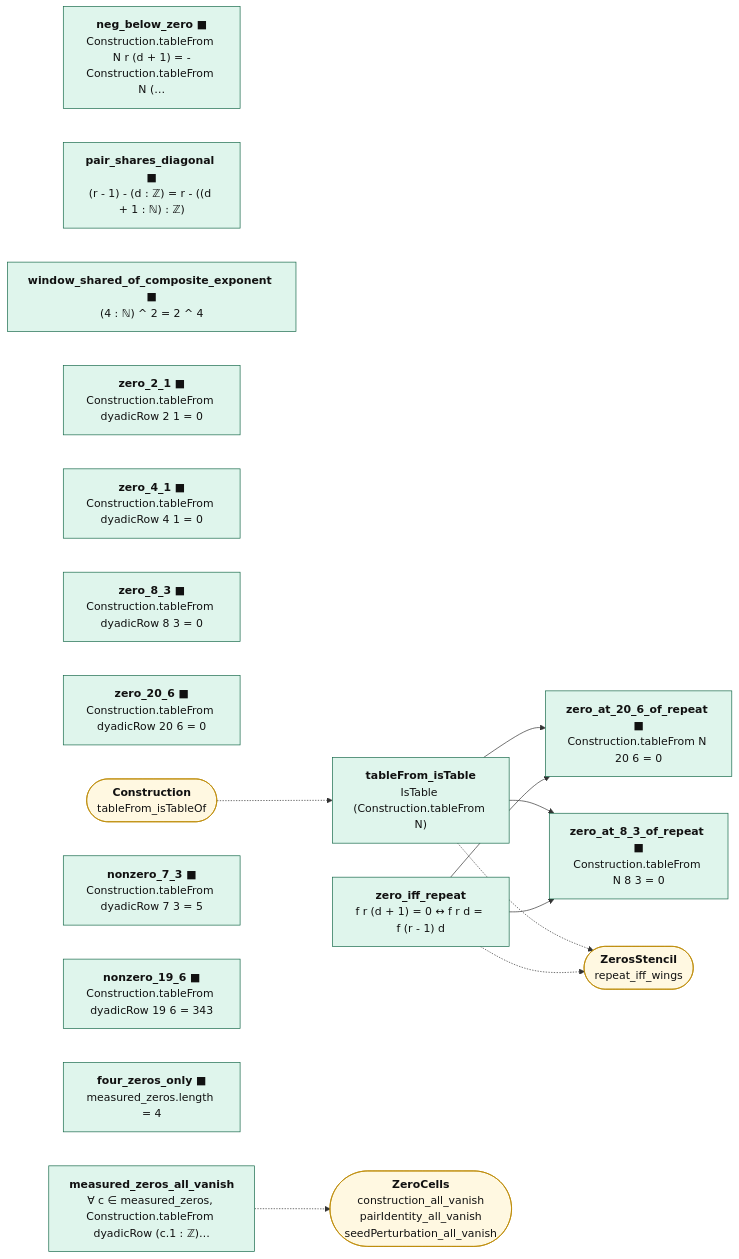
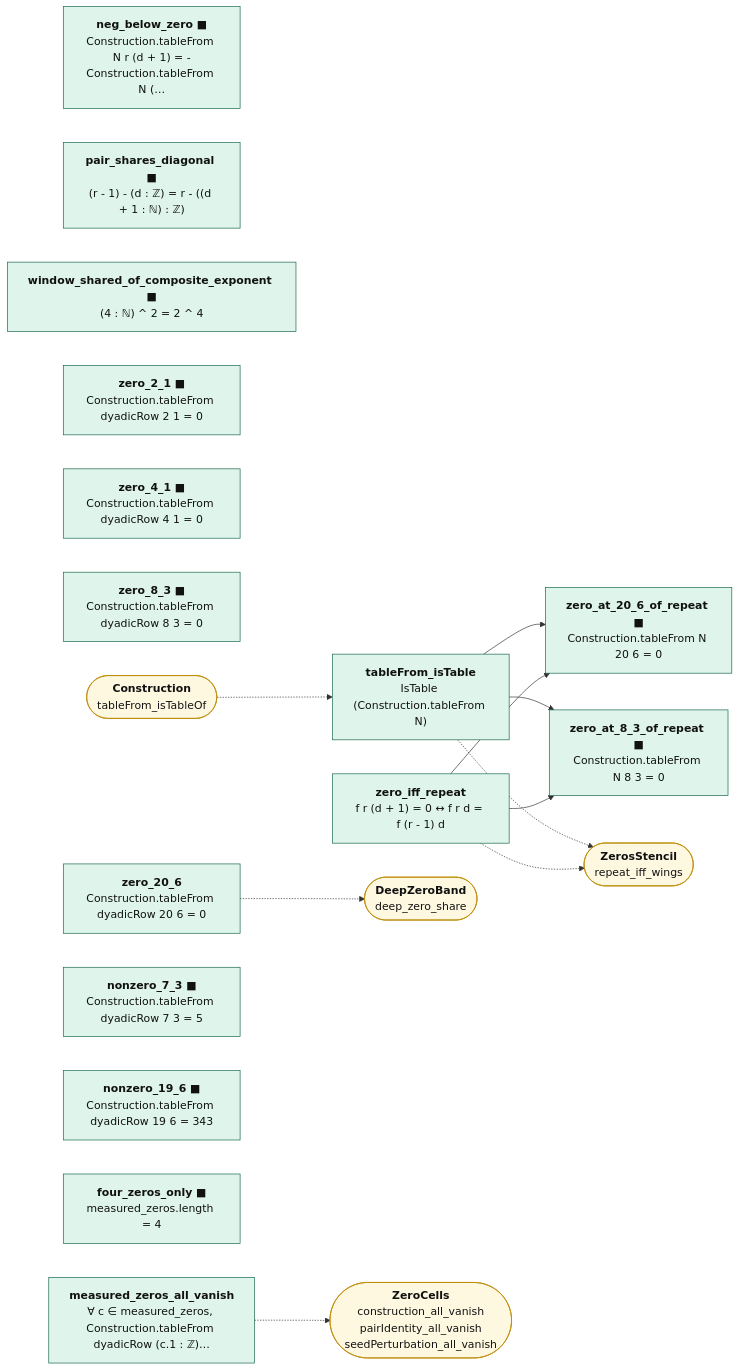
The diagram in map/lean/Zeros.mmd (juliansambranojr/Primebeat_081426), drawn with Mermaid before and after one commit. The commit also changed 20 other files, not shown here.

First line of the commit message:
Map refreshed from Lean after B1 (DeepZeroBand)

```diff
--- a/map/lean/Zeros.mmd
+++ b/map/lean/Zeros.mmd
@@ -1,35 +1,37 @@
 flowchart LR
   n0["<b>tableFrom_isTable</b><br/>IsTable (Construction.tableFrom N)"]:::cnt
   n1["<b>zero_iff_repeat</b><br/>f r (d + 1) = 0 ↔ f r d = f (r - 1) d"]:::cnt
   n2["<b>neg_below_zero ■</b><br/>Construction.tableFrom N r (d + 1) = -Construction.tableFrom N (…"]:::cnt
   n3["<b>pair_shares_diagonal ■</b><br/>(r - 1) - (d : ℤ) = r - ((d + 1 : ℕ) : ℤ)"]:::cnt
   n4["<b>window_shared_of_composite_exponent ■</b><br/>(4 : ℕ) ^ 2 = 2 ^ 4"]:::cnt
   n5["<b>zero_2_1 ■</b><br/>Construction.tableFrom dyadicRow 2 1 = 0"]:::cnt
   n6["<b>zero_4_1 ■</b><br/>Construction.tableFrom dyadicRow 4 1 = 0"]:::cnt
   n7["<b>zero_8_3 ■</b><br/>Construction.tableFrom dyadicRow 8 3 = 0"]:::cnt
-  n8["<b>zero_20_6 ■</b><br/>Construction.tableFrom dyadicRow 20 6 = 0"]:::cnt
+  n8["<b>zero_20_6</b><br/>Construction.tableFrom dyadicRow 20 6 = 0"]:::cnt
   n9["<b>measured_zeros_all_vanish</b><br/>∀ c ∈ measured_zeros, Construction.tableFrom dyadicRow (c.1 : ℤ)…"]:::cnt
   n10["<b>nonzero_7_3 ■</b><br/>Construction.tableFrom dyadicRow 7 3 = 5"]:::cnt
   n11["<b>nonzero_19_6 ■</b><br/>Construction.tableFrom dyadicRow 19 6 = 343"]:::cnt
   n12["<b>four_zeros_only ■</b><br/>measured_zeros.length = 4"]:::cnt
   n13["<b>zero_at_20_6_of_repeat ■</b><br/>Construction.tableFrom N 20 6 = 0"]:::cnt
   n14["<b>zero_at_8_3_of_repeat ■</b><br/>Construction.tableFrom N 8 3 = 0"]:::cnt
   x0(["<b>Construction</b><br/>tableFrom_isTableOf"]):::ext
   x1(["<b>ZerosStencil</b><br/>repeat_iff_wings"]):::ext
-  x2(["<b>ZeroCells</b><br/>construction_all_vanish<br/>pairIdentity_all_vanish<br/>seedPerturbation_all_vanish"]):::ext
+  x2(["<b>DeepZeroBand</b><br/>deep_zero_share"]):::ext
+  x3(["<b>ZeroCells</b><br/>construction_all_vanish<br/>pairIdentity_all_vanish<br/>seedPerturbation_all_vanish"]):::ext
   n0 --> n13
   n0 --> n14
   n1 --> n13
   n1 --> n14
   n0 -.-> x1
   n1 -.-> x1
-  n9 -.-> x2
+  n8 -.-> x2
+  n9 -.-> x3
   x0 -.-> n0
   classDef cnt fill:#dff5ec,stroke:#17694a,color:#111
   classDef shp fill:#f1ecfb,stroke:#5b3fa0,color:#111
   classDef rh fill:#ffe5e5,stroke:#c22,color:#111,stroke-width:2px
   classDef thm fill:#eef4ff,stroke:#335,color:#111
   classDef end_ fill:#e7f7e7,stroke:#2a7,color:#111,stroke-width:2px
   classDef lone fill:#fff,stroke:#999,color:#111,stroke-dasharray:4 3
   classDef bad fill:#ffe5e5,stroke:#c22,color:#111,stroke-width:2px
   classDef ext fill:#fff8e1,stroke:#b80,color:#111
```
